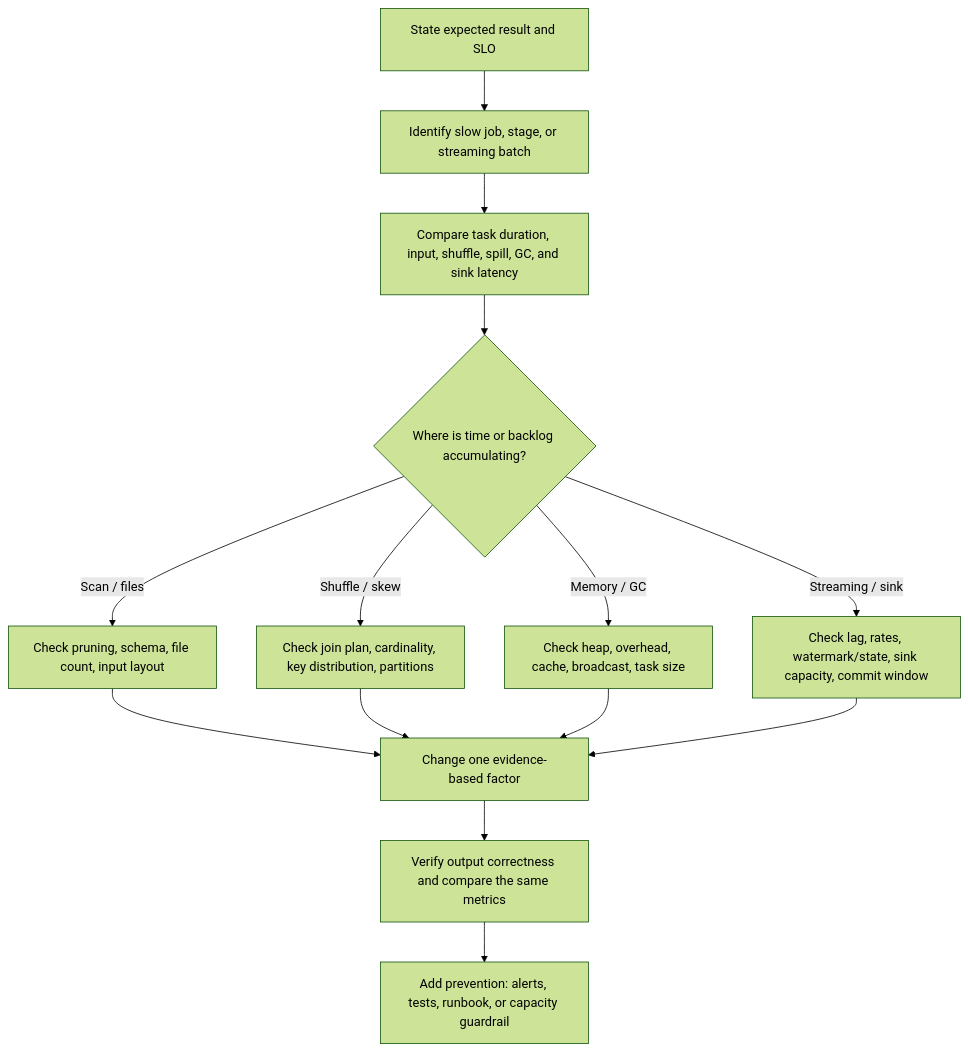
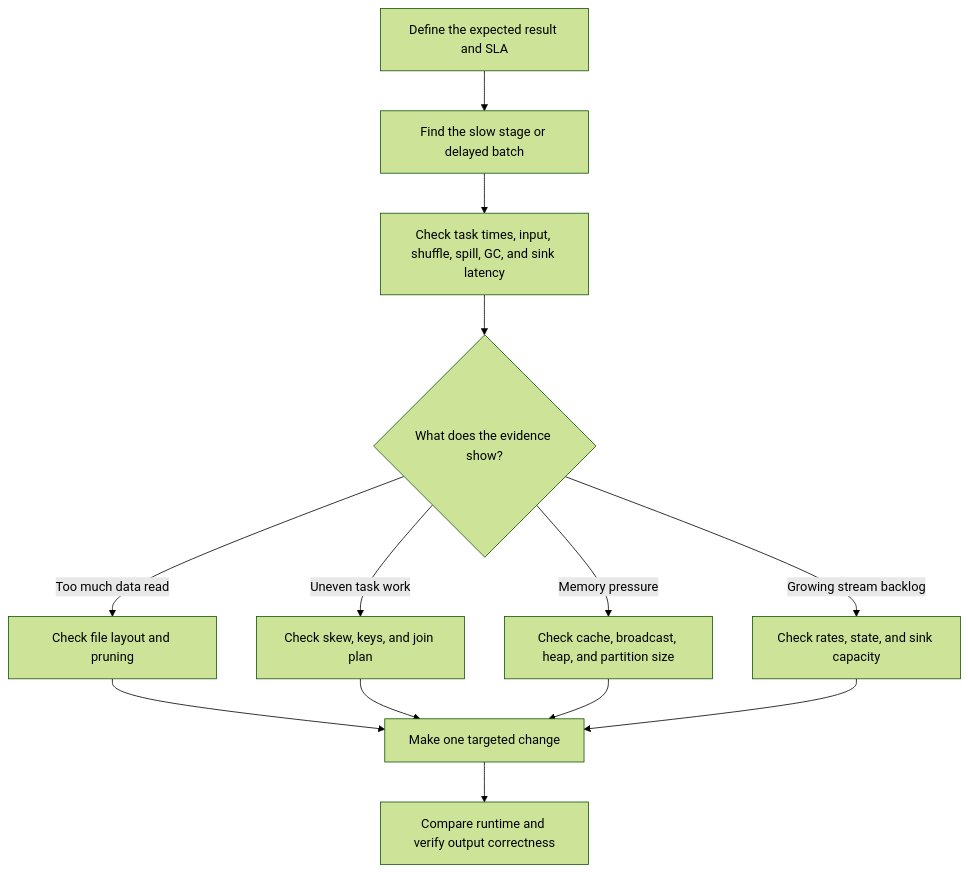
The third of 3 diagrams in Apache-Spark/Apache-Spark-Interview-QA.md (kowlutla/Interview-Preparation), drawn with Mermaid (forest theme) before and after one commit. The commit also changed other lines of this file, not shown here.

```diff
--- a/Apache-Spark/Apache-Spark-Interview-QA.md
+++ b/Apache-Spark/Apache-Spark-Interview-QA.md
@@ -1431,16 +1222,15 @@
 ~~~mermaid
 flowchart TD
-  A[State expected result and SLO] --> B[Identify slow job, stage, or streaming batch]
-  B --> C[Compare task duration, input, shuffle, spill, GC, and sink latency]
-  C --> D{Where is time or backlog accumulating?}
-  D -->|Scan / files| E[Check pruning, schema, file count, input layout]
-  D -->|Shuffle / skew| F[Check join plan, cardinality, key distribution, partitions]
-  D -->|Memory / GC| G[Check heap, overhead, cache, broadcast, task size]
-  D -->|Streaming / sink| H[Check lag, rates, watermark/state, sink capacity, commit window]
-  E --> I[Change one evidence-based factor]
+  A[Define the expected result and SLA] --> B[Find the slow stage or delayed batch]
+  B --> C[Check task times, input, shuffle, spill, GC, and sink latency]
+  C --> D{What does the evidence show?}
+  D -->|Too much data read| E[Check file layout and pruning]
+  D -->|Uneven task work| F[Check skew, keys, and join plan]
+  D -->|Memory pressure| G[Check cache, broadcast, heap, and partition size]
+  D -->|Growing stream backlog| H[Check rates, state, and sink capacity]
+  E --> I[Make one targeted change]
   F --> I
   G --> I
   H --> I
-  I --> J[Verify output correctness and compare the same metrics]
-  J --> K[Add prevention: alerts, tests, runbook, or capacity guardrail]
+  I --> J[Compare runtime and verify output correctness]
 ~~~
```
